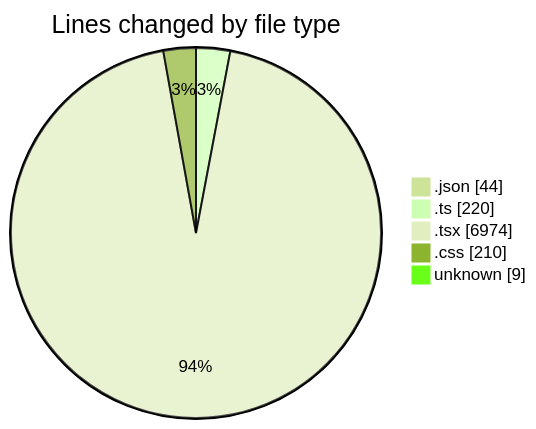
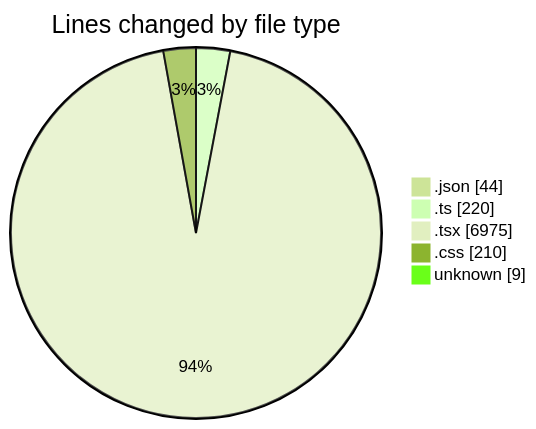
The first of 2 diagrams in 2025-10-24/eventscop-frontend-guide__workspace_/README.md (julien-gomy/code-tracking), drawn with Mermaid (forest theme) before and after one commit. The commit also changed other lines of this file and 1 other file, not shown here.

````diff
--- a/2025-10-24/eventscop-frontend-guide__workspace_/README.md
+++ b/2025-10-24/eventscop-frontend-guide__workspace_/README.md
@@ -49,9 +49,9 @@
 ```mermaid
 pie showData
 title Lines changed by file type
 ".json" : 44
 ".ts" : 220
-".tsx" : 6974
+".tsx" : 6975
 ".css" : 210
 "unknown" : 9
 ```
````
